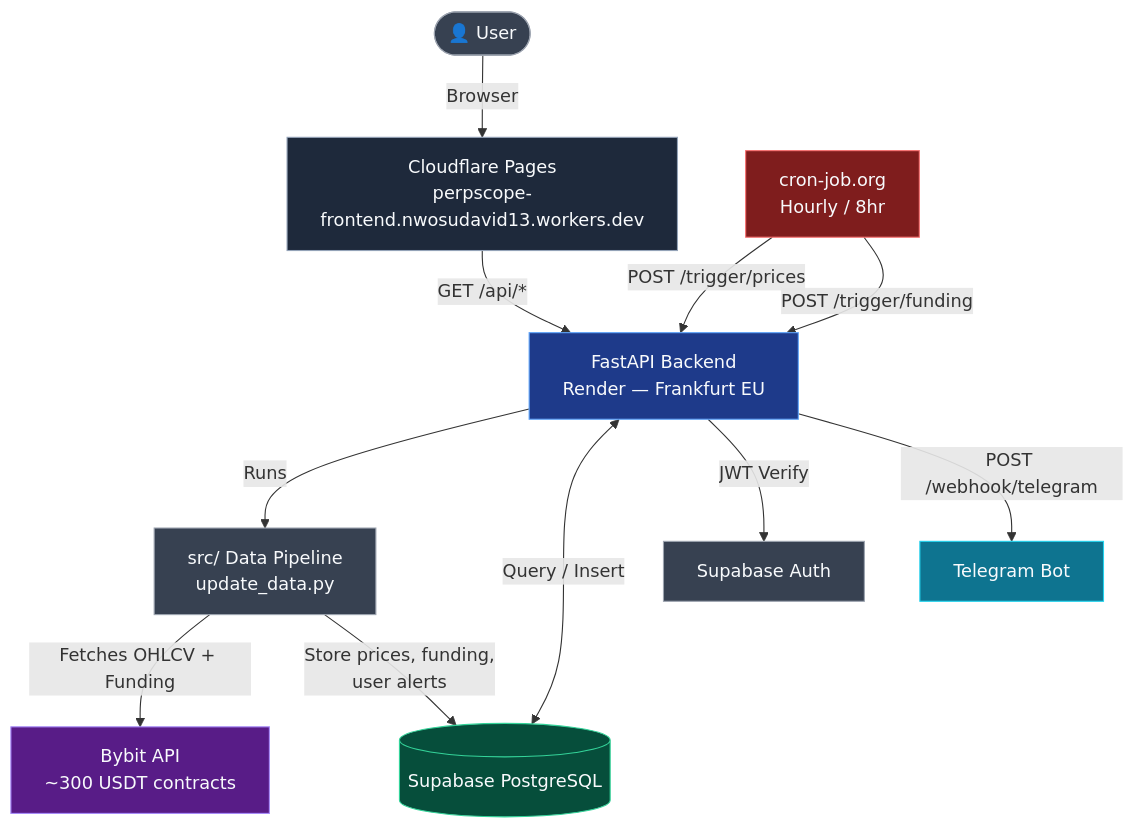
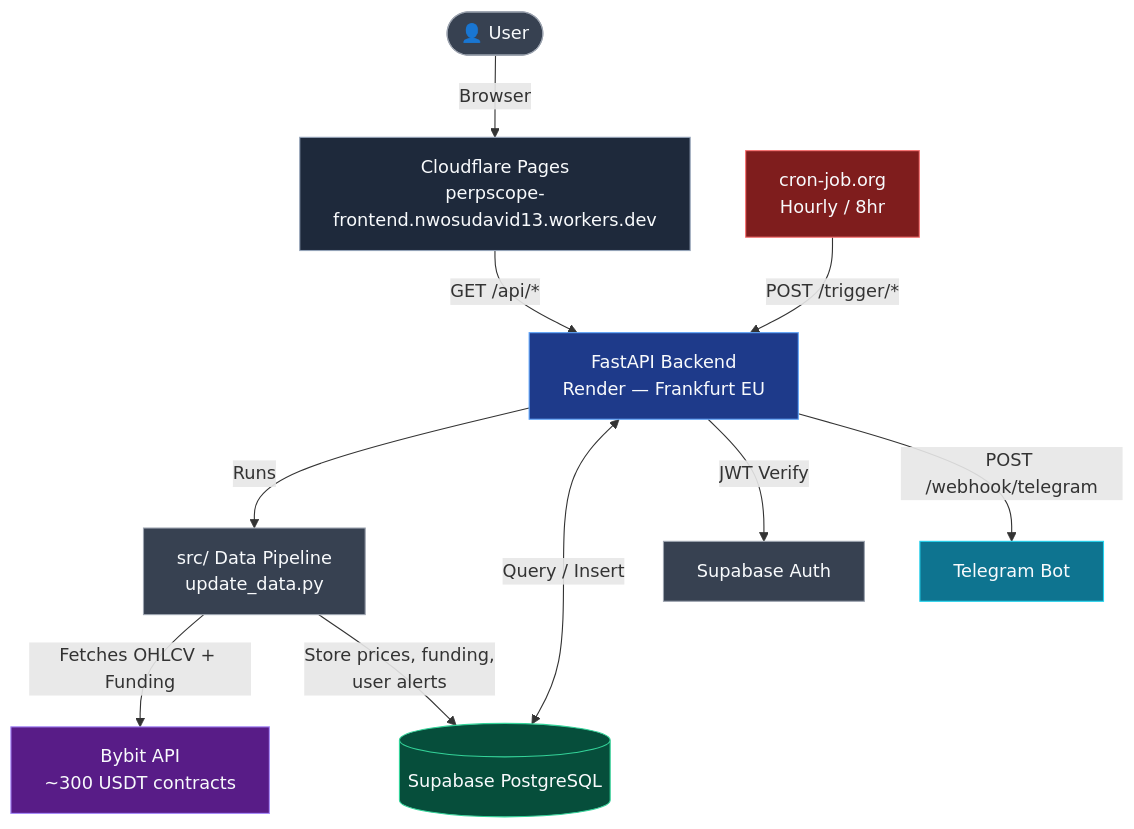
One commit to Pointbr8ker-123/PerpScope changed the diagram in README.md. Above: the diagram before and after it, drawn with Mermaid. The commit also changed other lines of this file, not shown here.

````diff
--- a/README.md
+++ b/README.md
@@ -80,27 +80,26 @@
 ```mermaid
 flowchart TD
     U([👤 User]) -->|Browser| FE[Cloudflare Pages<br/>perpscope-frontend.nwosudavid13.workers.dev]
     FE -->|GET /api/*| BE[FastAPI Backend<br/>Render — Frankfurt EU]
 
-    CR[cron-job.org<br/>Hourly / 8hr] -->|POST /trigger/prices| BE
-    CR -->|POST /trigger/funding| BE
+    CR[cron-job.org<br/>Hourly / 8hr] -->|POST /trigger/*| BE
 
     BE -->|Runs| DP[src/ Data Pipeline<br/>update_data.py]
     DP -->|Fetches OHLCV + Funding| BY[Bybit API<br/>~300 USDT contracts]
 
     BE <-->|Query / Insert| DB[(Supabase PostgreSQL)]
     DP -->|Store prices, funding,<br/>user alerts| DB
 
     BE -->|JWT Verify| AUTH[Supabase Auth]
     BE -->|POST /webhook/telegram| TG[Telegram Bot]
 
     style FE fill:#1e293b,stroke:#94a3b8,color:#f8fafc
     style BE fill:#1e3a8a,stroke:#60a5fa,color:#f8fafc
     style DB fill:#064e3b,stroke:#34d399,color:#f8fafc
     style BY fill:#581c87,stroke:#a78bfa,color:#f8fafc
     style CR fill:#7f1d1d,stroke:#f87171,color:#f8fafc
     style TG fill:#0e7490,stroke:#22d3ee,color:#f8fafc
     style U fill:#374151,stroke:#9ca3af,color:#f8fafc
     style AUTH fill:#374151,stroke:#9ca3af,color:#f8fafc
     style DP fill:#374151,stroke:#9ca3af,color:#f8fafc
 ```
````
